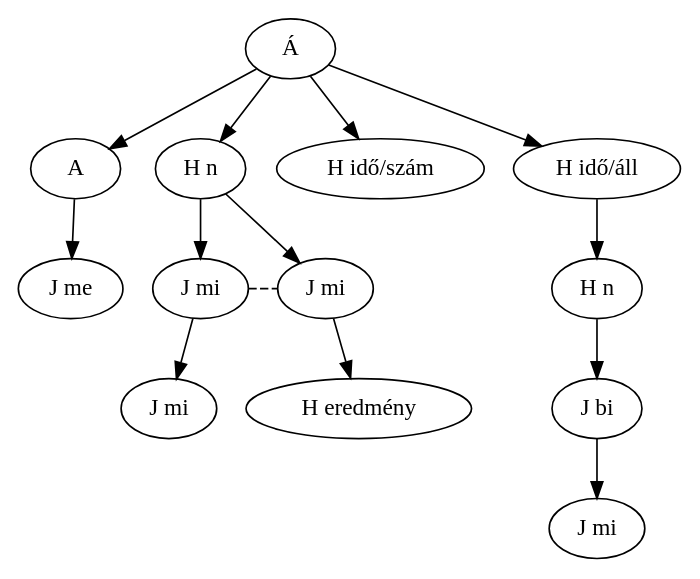
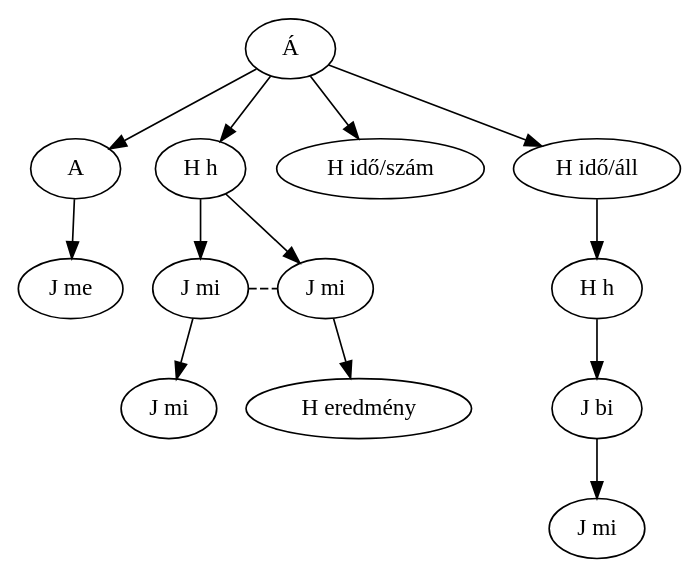
One commit to MatyasAkos/Jegyzet changed the diagram in Nyelvtan/6. Gyakorlás.md. Above: the diagram before and after it, drawn with Graphviz. The commit also changed 1 other file, not shown here.

Commit message:
vault backup: 2025-11-20 12:25:36

````diff
--- a/Nyelvtan/6. Gyakorlás.md
+++ b/Nyelvtan/6. Gyakorlás.md
@@ -2,26 +2,26 @@
 ```dot
 digraph G {
   "Á" -> "A";
-  "Á" -> "H n1";
+  "Á" -> "H h1";
   "Á" -> "H idő/szám";
   "Á" -> "H idő/áll";
   "A" -> "J me";
-  "H n1" -> "J mi1";
+  "H h1" -> "J mi1";
   "J mi1" -> "J mi2";
-  "H n1" -> "J mi3";
+  "H h1" -> "J mi3";
   "J mi3" -> "H eredmény";
-  "H idő/áll" -> "H n2";
-  "H n2" -> "J bi";
+  "H idő/áll" -> "H h2";
+  "H h2" -> "J bi";
   "J bi" -> "J mi4";
   
   edge[dir=none style=dashed];
   {rank=same "J mi1" -> "J mi3"};
   
-  "H n1"[label="H n"];
-  "H n2"[label="H n"];
+  "H h1"[label="H h"];
+  "H h2"[label="H h"];
   "J mi1"[label="J mi"];
   "J mi2"[label="J mi"];
   "J mi3"[label="J mi"];
   "J mi4"[label="J mi"];
 }
 ```
````
